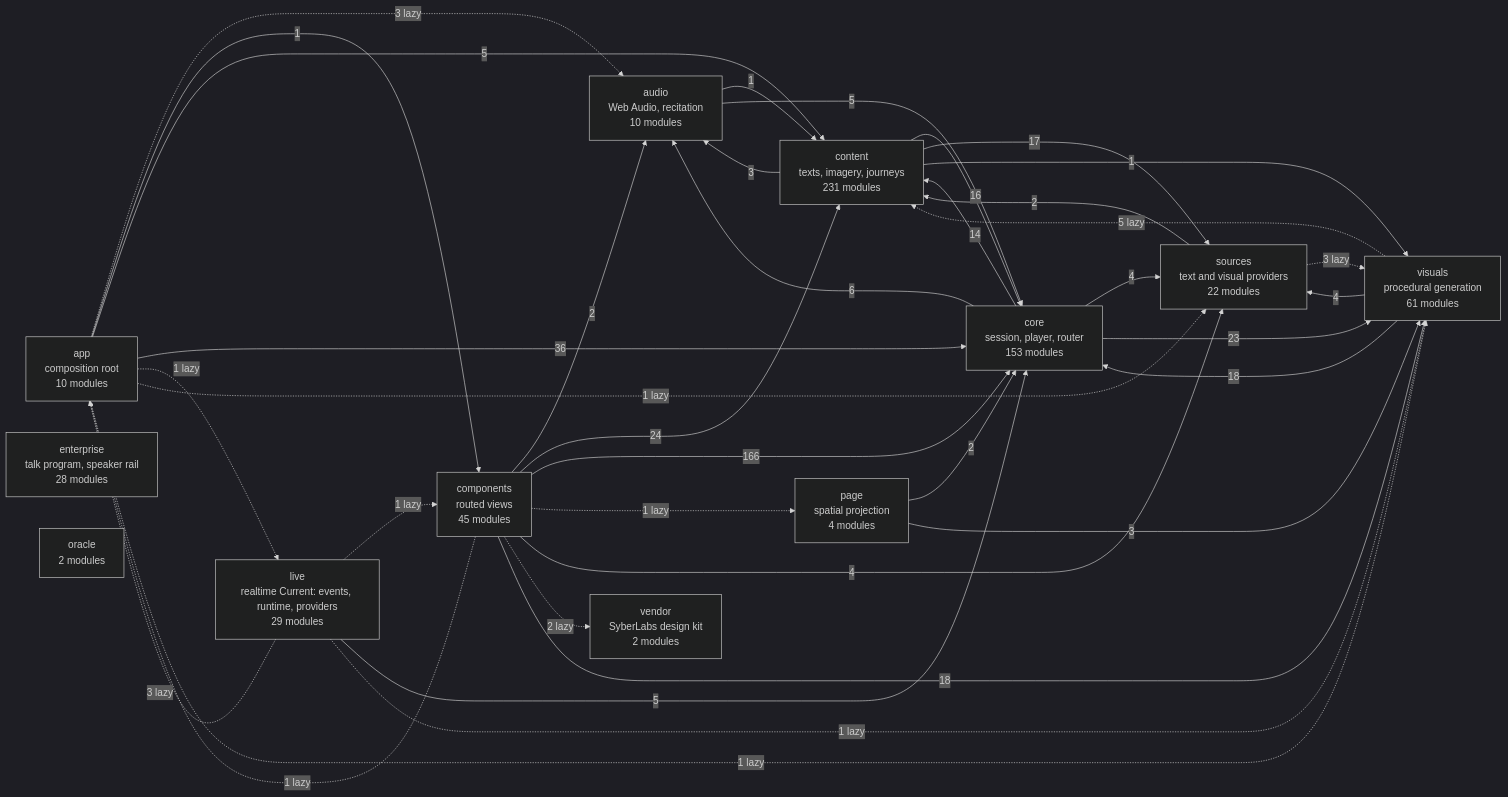
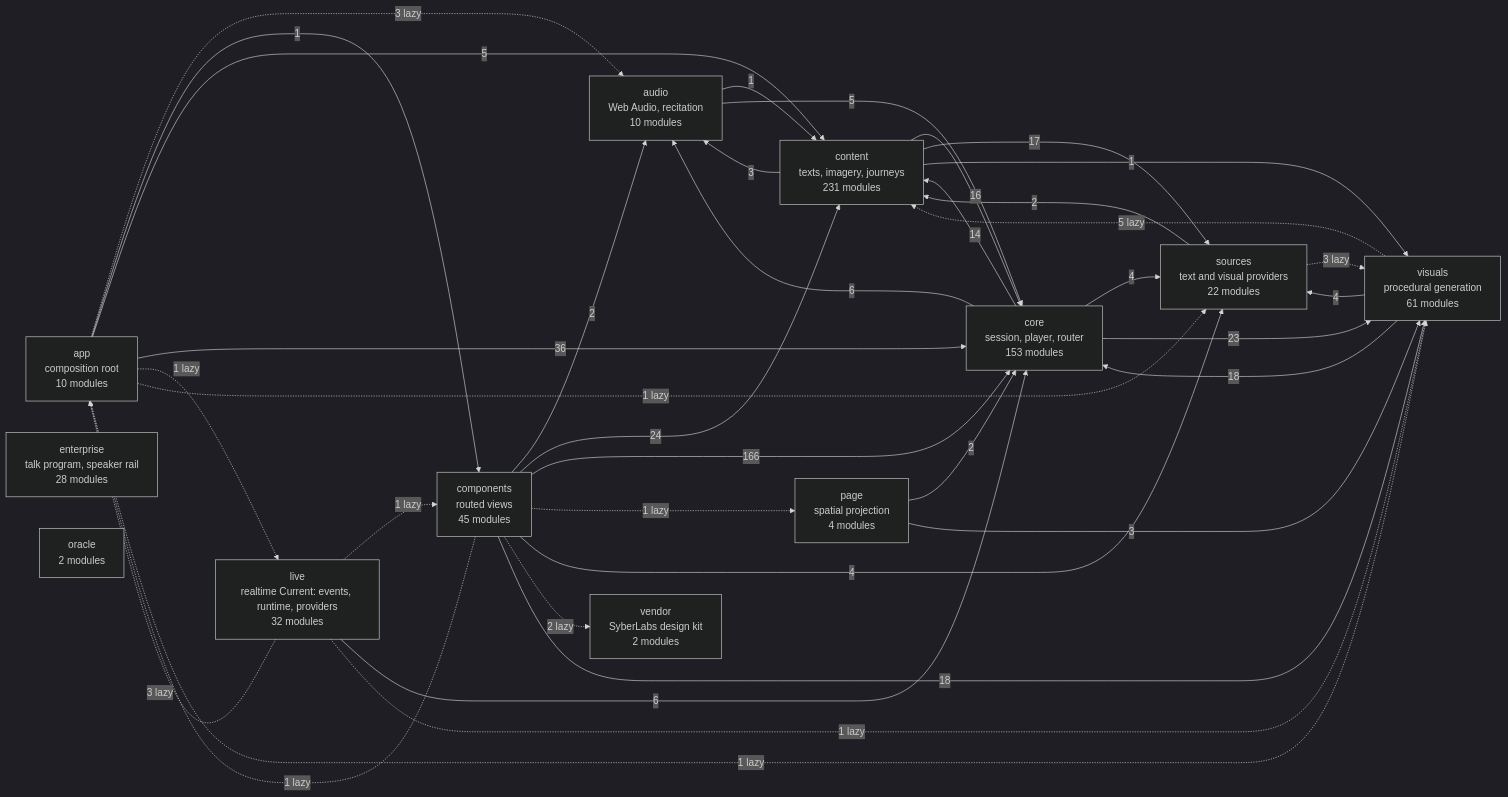
One commit to SyberLabs/RISE changed the diagram in docs/specs/ARCHITECTURE.md. Above: the diagram before and after it, drawn with Mermaid (dark theme). The commit also changed other lines of this file and 16 other files, not shown here.

````diff
--- a/docs/specs/ARCHITECTURE.md
+++ b/docs/specs/ARCHITECTURE.md
@@ -160,52 +160,52 @@
 ```mermaid
 flowchart LR
     app["app<br/>composition root<br/>10 modules"]
     audio["audio<br/>Web Audio, recitation<br/>10 modules"]
     components["components<br/>routed views<br/>45 modules"]
     content["content<br/>texts, imagery, journeys<br/>231 modules"]
     core["core<br/>session, player, router<br/>153 modules"]
     enterprise["enterprise<br/>talk program, speaker rail<br/>28 modules"]
-    live["live<br/>realtime Current: events, runtime, providers<br/>29 modules"]
+    live["live<br/>realtime Current: events, runtime, providers<br/>32 modules"]
     oracle["oracle<br/>2 modules"]
     page["page<br/>spatial projection<br/>4 modules"]
     sources["sources<br/>text and visual providers<br/>22 modules"]
     vendor["vendor<br/>SyberLabs design kit<br/>2 modules"]
     visuals["visuals<br/>procedural generation<br/>61 modules"]
 
     app -.-> |3 lazy| audio
     app --> |1| components
     app --> |5| content
     app --> |36| core
     app -.-> |1 lazy| live
     app -.-> |1 lazy| sources
     app -.-> |1 lazy| visuals
     audio --> |1| content
     audio --> |5| core
     components -.-> |1 lazy| app
     components --> |2| audio
     components --> |24| content
     components --> |166| core
     components -.-> |1 lazy| page
     components --> |4| sources
     components -.-> |2 lazy| vendor
     components --> |18| visuals
     content --> |3| audio
     content --> |16| core
     content --> |17| sources
     content --> |1| visuals
     core --> |6| audio
     core --> |14| content
     core --> |4| sources
     core --> |23| visuals
     live -.-> |3 lazy| app
     live -.-> |1 lazy| components
-    live --> |5| core
+    live --> |6| core
     live -.-> |1 lazy| visuals
     page --> |2| core
     page --> |3| visuals
     sources --> |2| content
     sources -.-> |3 lazy| visuals
     visuals -.-> |5 lazy| content
     visuals --> |18| core
     visuals --> |4| sources
 ```
````
